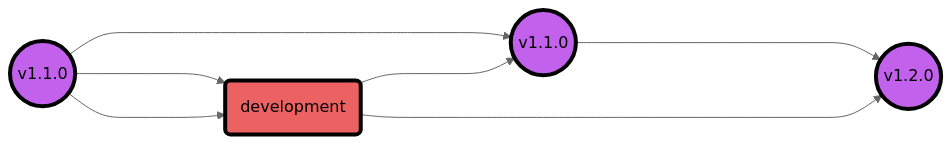
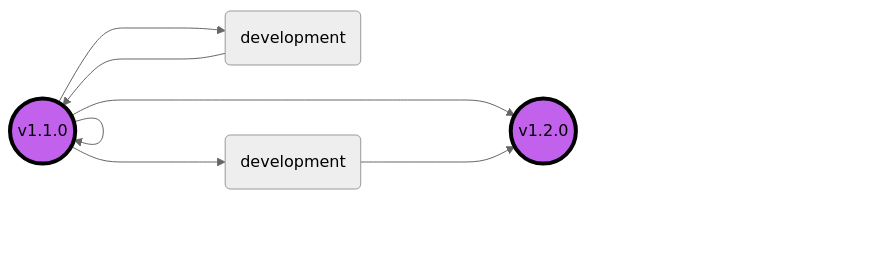
Before and after one commit to MateuSanta/Practica5: the diagram in README.md, drawn with Mermaid (neutral theme).

````diff
--- a/README.md
+++ b/README.md
@@ -11,21 +11,19 @@
  ```mermaid
     graph LR;
-        master((v1.0.0))------->master1((v1.1.0))
-        master((v1.0.0))---->development(development)
-        development(development)---->master1((v1.1.0))
-        
-        master1((v1.1.0))------->masterfinal((v1.2.0))
-        master((v1.1.0))---->development(development)
-        development(development)---->masterfinal((v1.2.0))
+        master((v1.0.0))------->master((v1.1.0))
+        master((v1.0.0))---->development1(development)
+        development1(development)---->master((v1.1.0))
+        master((v1.1.0))---->development2(development)
+        master((v1.1.0))------->masterfinal((v1.2.0))
+        development2(development)---->masterfinal((v1.2.0))
     
     classDef purple fill:#C261EC ,stroke: black,stroke-width:4px
     classDef red fill:#EC6161 ,stroke: black,stroke-width:4px
 
     class master purple
-    class master1 purple
     class masterfinal purple
     class development red
     
         
     
 ```
````
